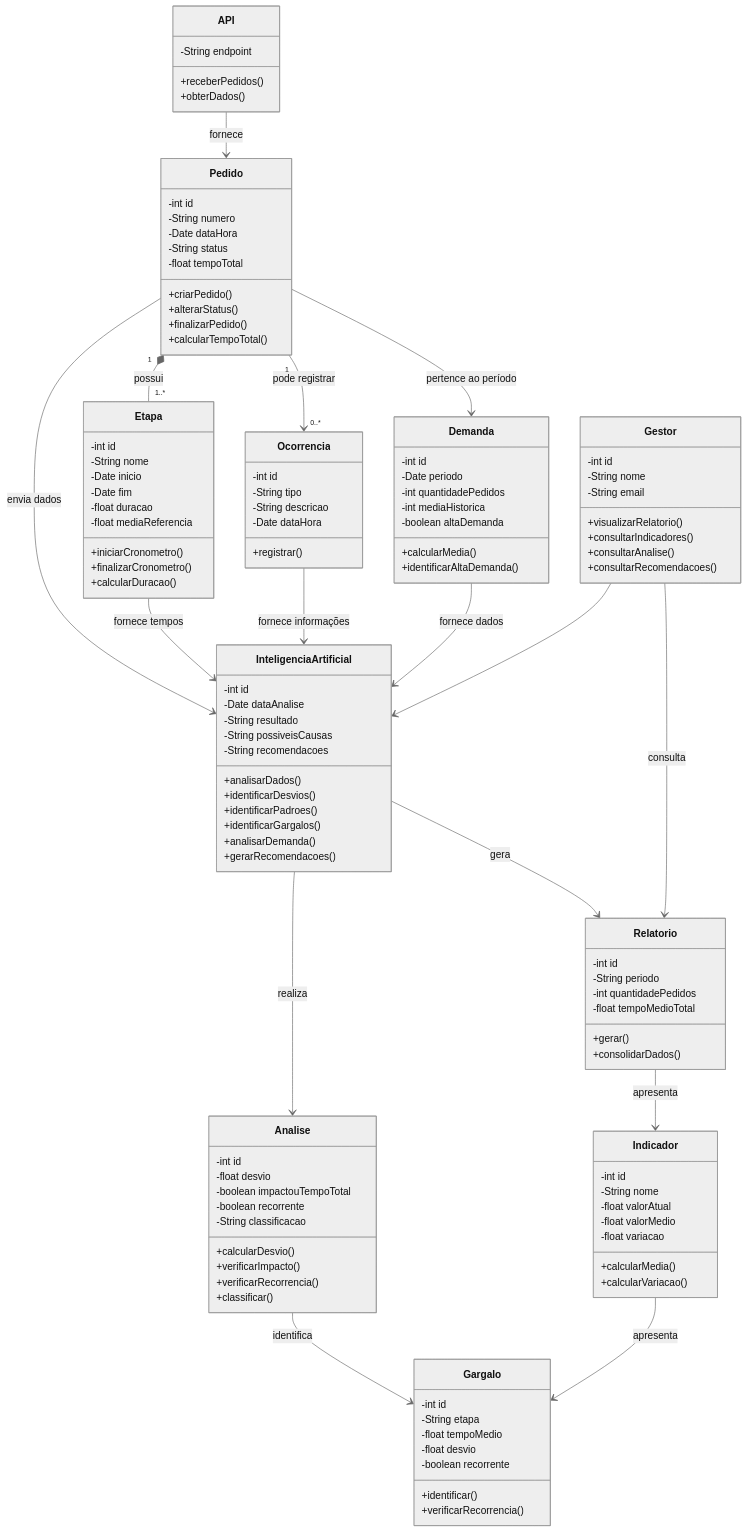
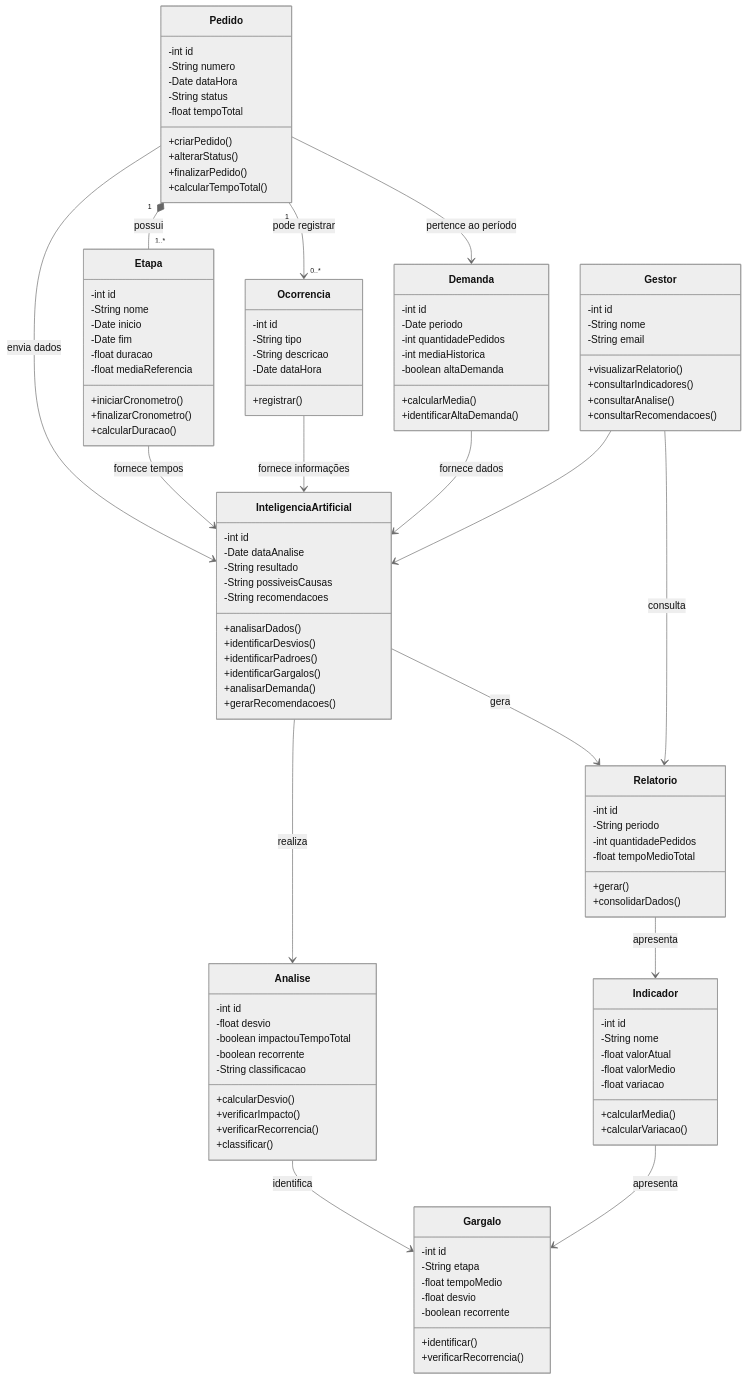
Before and after one commit to FaelzXit/FoodPoint: the diagram in docx/DiagramaClasseFoodPoint.mmd, drawn with Mermaid (neutral theme).

```diff
--- a/docx/DiagramaClasseFoodPoint.mmd
+++ b/docx/DiagramaClasseFoodPoint.mmd
@@ -1,130 +1,124 @@
 classDiagram
 direction TB
-    class API {
-	    -String endpoint
-	    +receberPedidos()
-	    +obterDados()
-    }
 
     class Pedido {
 	    -int id
 	    -String numero
 	    -Date dataHora
 	    -String status
 	    -float tempoTotal
 	    +criarPedido()
 	    +alterarStatus()
 	    +finalizarPedido()
 	    +calcularTempoTotal()
     }
 
     class Etapa {
 	    -int id
 	    -String nome
 	    -Date inicio
 	    -Date fim
 	    -float duracao
 	    -float mediaReferencia
 	    +iniciarCronometro()
 	    +finalizarCronometro()
 	    +calcularDuracao()
     }
 
     class Ocorrencia {
 	    -int id
 	    -String tipo
 	    -String descricao
 	    -Date dataHora
 	    +registrar()
     }
 
     class Demanda {
 	    -int id
 	    -Date periodo
 	    -int quantidadePedidos
 	    -int mediaHistorica
 	    -boolean altaDemanda
 	    +calcularMedia()
 	    +identificarAltaDemanda()
     }
 
     class InteligenciaArtificial {
 	    -int id
 	    -Date dataAnalise
 	    -String resultado
 	    -String possiveisCausas
 	    -String recomendacoes
 	    +analisarDados()
 	    +identificarDesvios()
 	    +identificarPadroes()
 	    +identificarGargalos()
 	    +analisarDemanda()
 	    +gerarRecomendacoes()
     }
 
     class Analise {
 	    -int id
 	    -float desvio
 	    -boolean impactouTempoTotal
 	    -boolean recorrente
 	    -String classificacao
 	    +calcularDesvio()
 	    +verificarImpacto()
 	    +verificarRecorrencia()
 	    +classificar()
     }
 
     class Gargalo {
 	    -int id
 	    -String etapa
 	    -float tempoMedio
 	    -float desvio
 	    -boolean recorrente
 	    +identificar()
 	    +verificarRecorrencia()
     }
 
     class Indicador {
 	    -int id
 	    -String nome
 	    -float valorAtual
 	    -float valorMedio
 	    -float variacao
 	    +calcularMedia()
 	    +calcularVariacao()
     }
 
     class Relatorio {
 	    -int id
 	    -String periodo
 	    -int quantidadePedidos
 	    -float tempoMedioTotal
 	    +gerar()
 	    +consolidarDados()
     }
 
     class Gestor {
 	    -int id
 	    -String nome
 	    -String email
 	    +visualizarRelatorio()
 	    +consultarIndicadores()
 	    +consultarAnalise()
 	    +consultarRecomendacoes()
     }
 
-    API --> Pedido : fornece
     Pedido "1" *-- "1..*" Etapa : possui
     Pedido "1" --> "0..*" Ocorrencia : pode registrar
     Pedido --> Demanda : pertence ao período
     Pedido --> InteligenciaArtificial : envia dados
     Etapa --> InteligenciaArtificial : fornece tempos
     Ocorrencia --> InteligenciaArtificial : fornece informações
     Demanda --> InteligenciaArtificial : fornece dados
     InteligenciaArtificial --> Analise : realiza
     Analise --> Gargalo : identifica
     InteligenciaArtificial --> Relatorio : gera
     Relatorio --> Indicador : apresenta
     Indicador --> Gargalo : apresenta
     Gestor --> Relatorio : consulta
     Gestor --> InteligenciaArtificial
```
